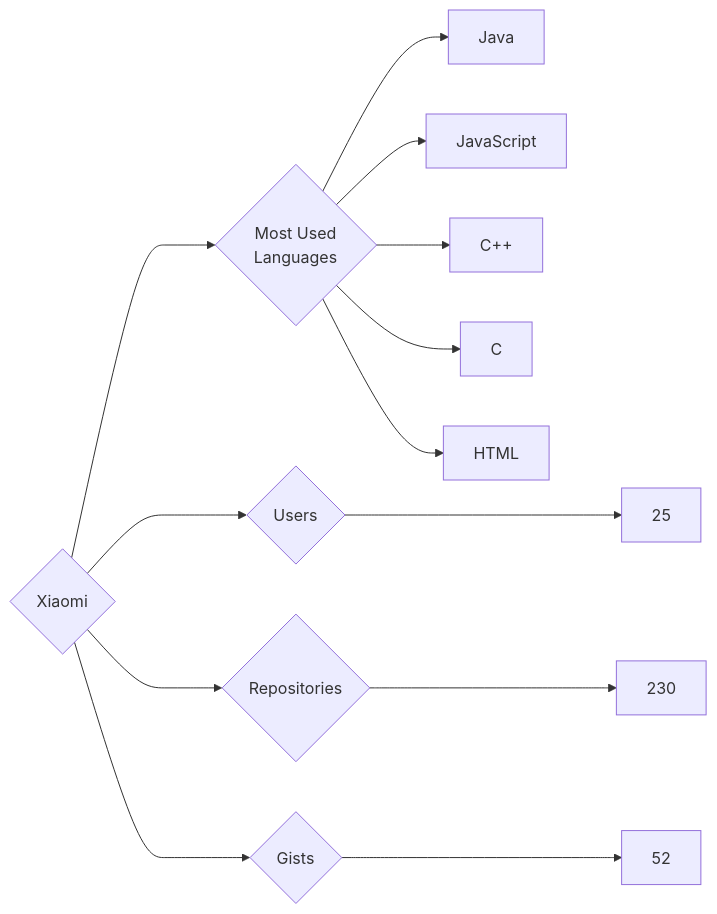
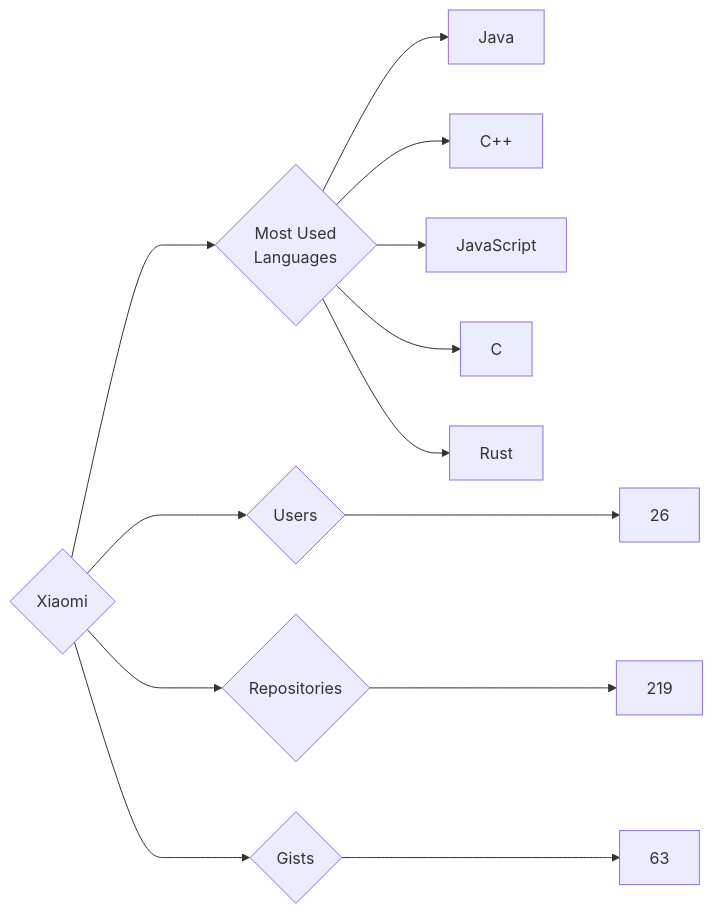
One commit to trickest/insiders changed the diagram in targets/Xiaomi/README.md. Above: the diagram before and after it, drawn with Mermaid. The commit also changed 1508 other files, not shown here.

````diff
--- a/targets/Xiaomi/README.md
+++ b/targets/Xiaomi/README.md
@@ -3,13 +3,13 @@
 ```mermaid
 graph LR
 COMPANY_NAME{Xiaomi}
-COMPANY_NAME ---> U{Users} ---> UN[25]
-COMPANY_NAME ---> R{Repositories} ---> RN[230]
-COMPANY_NAME ---> G{Gists} ---> GN[52]
+COMPANY_NAME ---> U{Users} ---> UN[26]
+COMPANY_NAME ---> R{Repositories} ---> RN[219]
+COMPANY_NAME ---> G{Gists} ---> GN[63]
 COMPANY_NAME ---> ML{Most Used<br>Languages}
 ML --> Java[Java]
+ML --> C++[C++]
 ML --> JavaScript[JavaScript]
-ML --> C++[C++]
 ML --> C[C]
-ML --> HTML[HTML]
+ML --> Rust[Rust]
 ```
````
